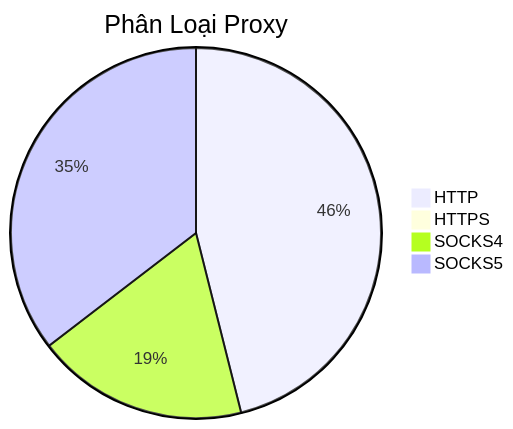
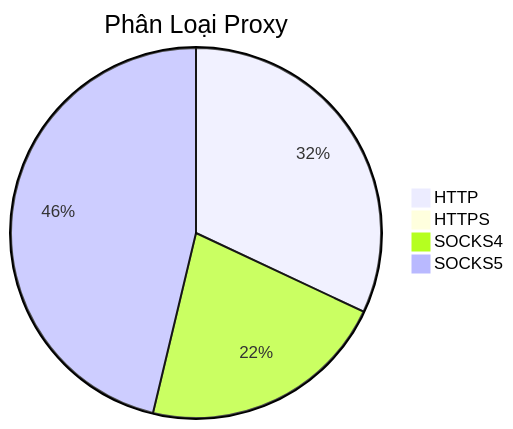
Before and after one commit to Ciara-12/PROXY-free: the diagram in README.md, drawn with Mermaid. The commit also changed other lines of this file and 4 other files, not shown here.

````diff
--- a/README.md
+++ b/README.md
@@ -26,7 +26,7 @@
 ```mermaid
 pie title Phân Loại Proxy
-    "HTTP" : 899
-    "HTTPS" : 0
-    "SOCKS4" : 361
-    "SOCKS5" : 691
+    "HTTP" : 569
+    "HTTPS" : 1
+    "SOCKS4" : 387
+    "SOCKS5" : 823
 ```
````
